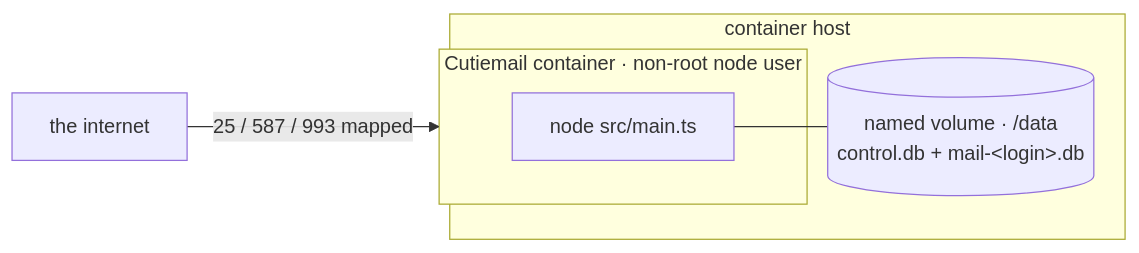
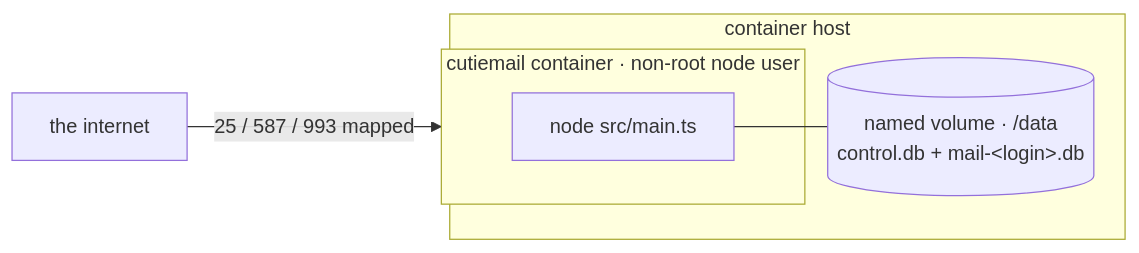
Before and after one commit to jamie-lord/cutiemail: the diagram in docs/decisions/0021-container-image.md, drawn with Mermaid. The commit also changed 18 other files, not shown here.

````diff
--- a/docs/decisions/0021-container-image.md
+++ b/docs/decisions/0021-container-image.md
@@ -45,11 +45,11 @@
 ```mermaid
 flowchart LR
     subgraph HOST[container host]
-        subgraph C[Cutiemail container · non-root node user]
+        subgraph C[cutiemail container · non-root node user]
             D[node src/main.ts]
         end
         V[(named volume · /data<br/>control.db + mail-&lt;login&gt;.db)]
         D --- V
     end
     NET[the internet] -->|"25 / 587 / 993 mapped"| C
 ```
````
